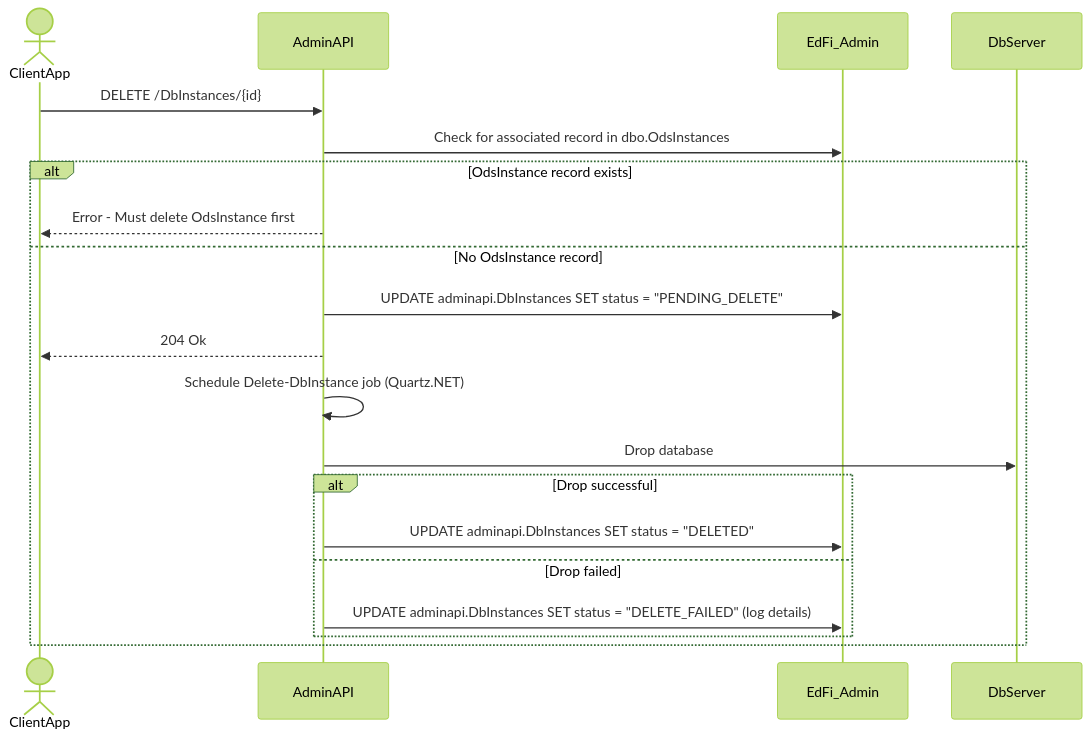
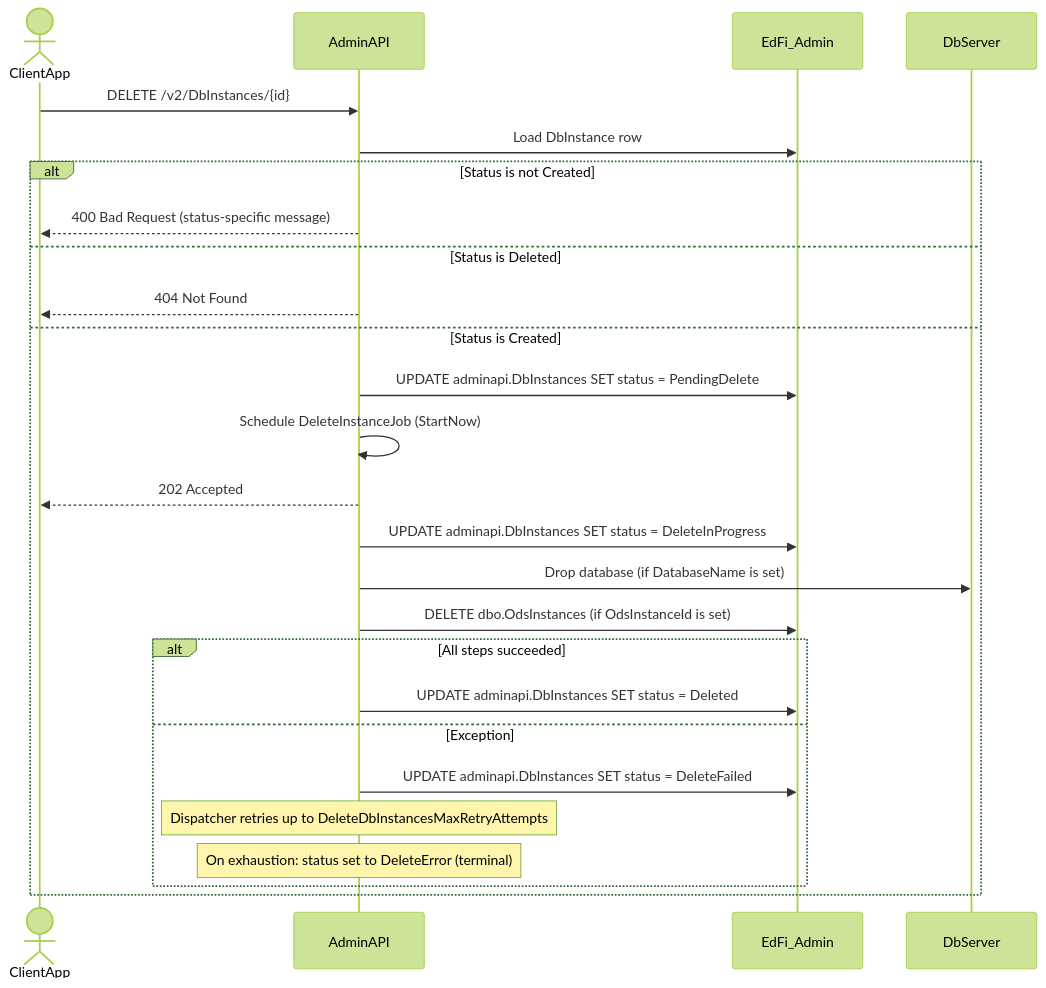
Before and after one commit to Ed-Fi-Alliance-OSS/ODS-Admin-API: the third of 3 diagrams in docs/design/INSTANCE-MANAGEMENT.md, drawn with Mermaid (forest theme). The commit also changed other lines of this file and 42 other files, not shown here.

First line of the commit message:
[ADMINAPI-1342] Delete DbInstances Jobs (#337)

````diff
--- a/docs/design/INSTANCE-MANAGEMENT.md
+++ b/docs/design/INSTANCE-MANAGEMENT.md
@@ -178,23 +195,29 @@
 ```mermaid
 sequenceDiagram
   actor ClientApp
   participant AdminAPI
   participant EdFi_Admin
   participant DbServer
 
-  ClientApp ->> AdminAPI: DELETE /DbInstances/{id}
-  AdminAPI ->> EdFi_Admin: Check for associated record in dbo.OdsInstances
-  alt OdsInstance record exists
-    AdminAPI -->> ClientApp: Error - Must delete OdsInstance first
-  else No OdsInstance record
-    AdminAPI ->> EdFi_Admin: UPDATE adminapi.DbInstances SET status = "PENDING_DELETE"
-    AdminAPI -->> ClientApp: 204 Ok
-    AdminAPI ->> AdminAPI: Schedule Delete-DbInstance job (Quartz.NET)
-    AdminAPI ->> DbServer: Drop database
-    alt Drop successful
-      AdminAPI ->> EdFi_Admin: UPDATE adminapi.DbInstances SET status = "DELETED"
-    else Drop failed
-      AdminAPI ->> EdFi_Admin: UPDATE adminapi.DbInstances SET status = "DELETE_FAILED" (log details)
+  ClientApp ->> AdminAPI: DELETE /v2/DbInstances/{id}
+  AdminAPI ->> EdFi_Admin: Load DbInstance row
+  alt Status is not Created
+    AdminAPI -->> ClientApp: 400 Bad Request (status-specific message)
+  else Status is Deleted
+    AdminAPI -->> ClientApp: 404 Not Found
+  else Status is Created
+    AdminAPI ->> EdFi_Admin: UPDATE adminapi.DbInstances SET status = PendingDelete
+    AdminAPI ->> AdminAPI: Schedule DeleteInstanceJob (StartNow)
+    AdminAPI -->> ClientApp: 202 Accepted
+    AdminAPI ->> EdFi_Admin: UPDATE adminapi.DbInstances SET status = DeleteInProgress
+    AdminAPI ->> DbServer: Drop database (if DatabaseName is set)
+    AdminAPI ->> EdFi_Admin: DELETE dbo.OdsInstances (if OdsInstanceId is set)
+    alt All steps succeeded
+      AdminAPI ->> EdFi_Admin: UPDATE adminapi.DbInstances SET status = Deleted
+    else Exception
+      AdminAPI ->> EdFi_Admin: UPDATE adminapi.DbInstances SET status = DeleteFailed
+      Note over AdminAPI: Dispatcher retries up to DeleteDbInstancesMaxRetryAttempts
+      Note over AdminAPI: On exhaustion: status set to DeleteError (terminal)
     end
   end
 ```
````
